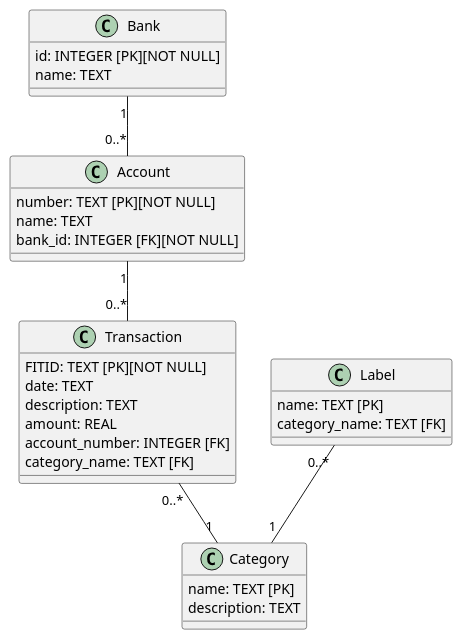
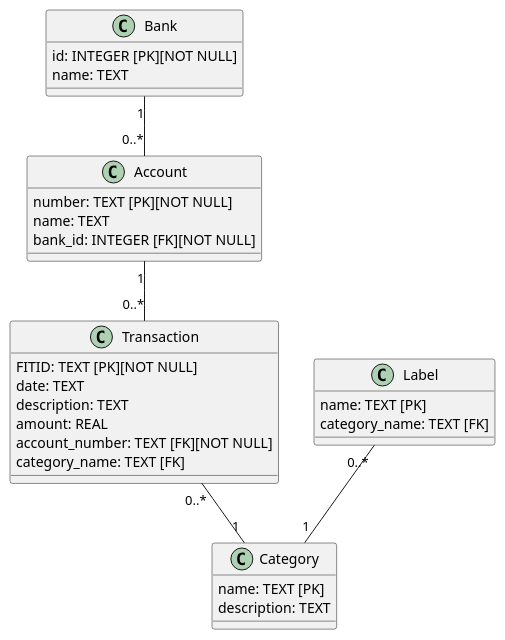
The diagram in source/doc/database_project.class.plantuml (nboutin/buba_engine), drawn with PlantUML before and after one commit. The commit also changed 3 other files, not shown here.

Commit message:
transaction account_number is not null

```diff
--- a/source/doc/database_project.class.plantuml
+++ b/source/doc/database_project.class.plantuml
@@ -1,40 +1,40 @@
 @startuml
 
 class Bank {
 	id: INTEGER [PK][NOT NULL]
 	name: TEXT
 }
 
 class Account {
 	number: TEXT [PK][NOT NULL]
 	name: TEXT
 	bank_id: INTEGER [FK][NOT NULL]
 }
 
 class Transaction {
 	'Financial Institut Transaction ID
 	FITID: TEXT [PK][NOT NULL]
 	date: TEXT
 	description: TEXT
 	amount: REAL
-	account_number: INTEGER [FK]
+	account_number: TEXT [FK][NOT NULL]
 	category_name: TEXT [FK]
 }
 
 class Label {
 	name: TEXT [PK]
 	category_name: TEXT [FK]
 }
 
 class Category {
 	name: TEXT [PK]
 	description: TEXT
 }
 
 
 Bank "1" -- "0..*" Account
 Account "1" -- "0..*" Transaction
 Transaction "0..*" -- "1" Category
 Label "0..*" -- "1" Category
 
 @enduml
```
